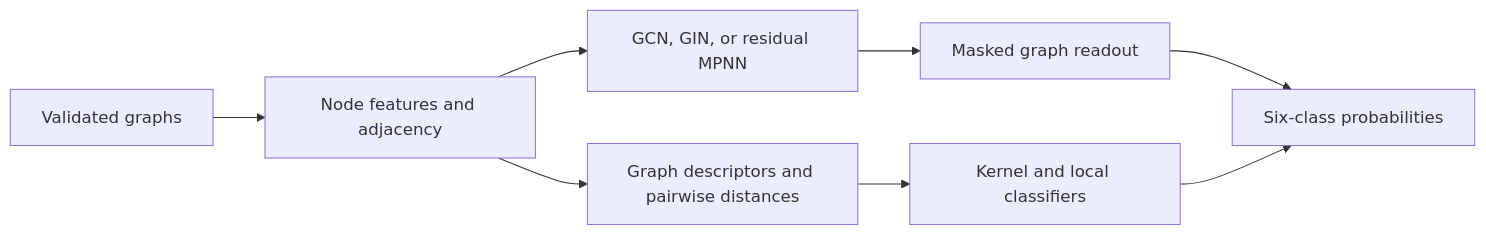
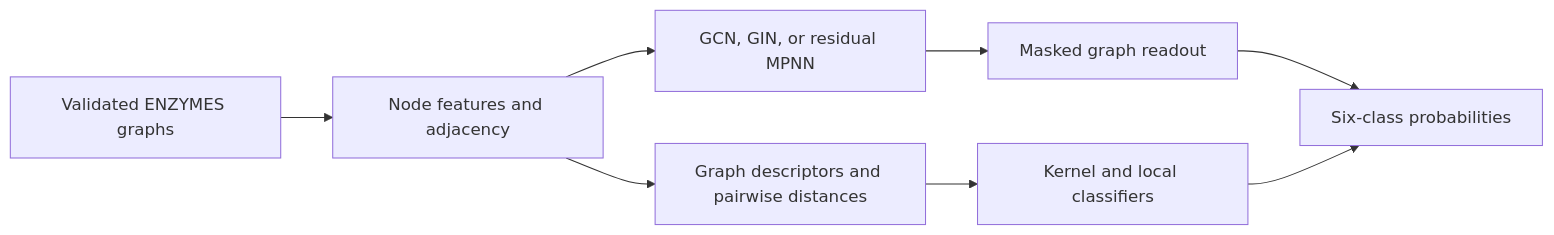
Before and after one commit to EnzoPicarel/enzyme-graph-classifier: the diagram in README.md, drawn with Mermaid. The commit also changed other lines of this file, not shown here.

````diff
--- a/README.md
+++ b/README.md
@@ -39,10 +35,10 @@
 ```mermaid
 flowchart LR
-    A[Validated graphs] --> B[Node features and adjacency]
+    A[Validated ENZYMES graphs] --> B[Node features and adjacency]
     B --> C[GCN, GIN, or residual MPNN]
     C --> D[Masked graph readout]
     B --> E[Graph descriptors and pairwise distances]
     E --> F[Kernel and local classifiers]
     D --> G[Six-class probabilities]
     F --> G
 ```
````
